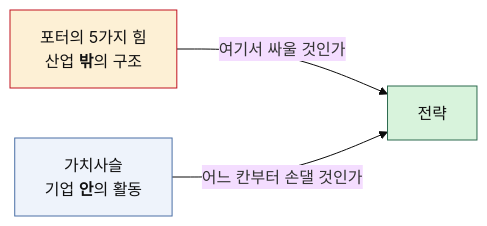
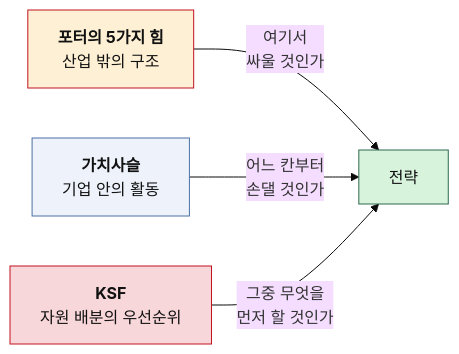
The diagram in README.md (ccw00325-spec/business-research-github-practice-2026), drawn with Mermaid (base theme) before and after one commit. The commit also changed other lines of this file, not shown here.

First line of the commit message:
Add KSF chapter to README index

````diff
--- a/README.md
+++ b/README.md
@@ -36,12 +49,15 @@
 ```mermaid
 flowchart LR
-    F["포터의 5가지 힘<br/>산업 <b>밖</b>의 구조"] -->|"여기서 싸울 것인가"| D["전략"]
-    V["가치사슬<br/>기업 <b>안</b>의 활동"] -->|"어느 칸부터 손댈 것인가"| D
+    A["<b>포터의 5가지 힘</b><br/>산업 밖의 구조"] -->|"여기서<br/>싸울 것인가"| D["전략"]
+    B["<b>가치사슬</b><br/>기업 안의 활동"] -->|"어느 칸부터<br/>손댈 것인가"| D
+    C["<b>KSF</b><br/>자원 배분의 우선순위"] -->|"그중 무엇을<br/>먼저 할 것인가"| D
 
     classDef out fill:#fdf0d5,stroke:#c1121f,color:#111
     classDef inn fill:#eef3fb,stroke:#4a6fa5,color:#111
+    classDef ksf fill:#f8d7da,stroke:#c1121f,color:#111
     classDef dec fill:#d8f3dc,stroke:#2d6a4f,color:#111
-    class F out
-    class V inn
+    class A out
+    class B inn
+    class C ksf
     class D dec
 ```
````
